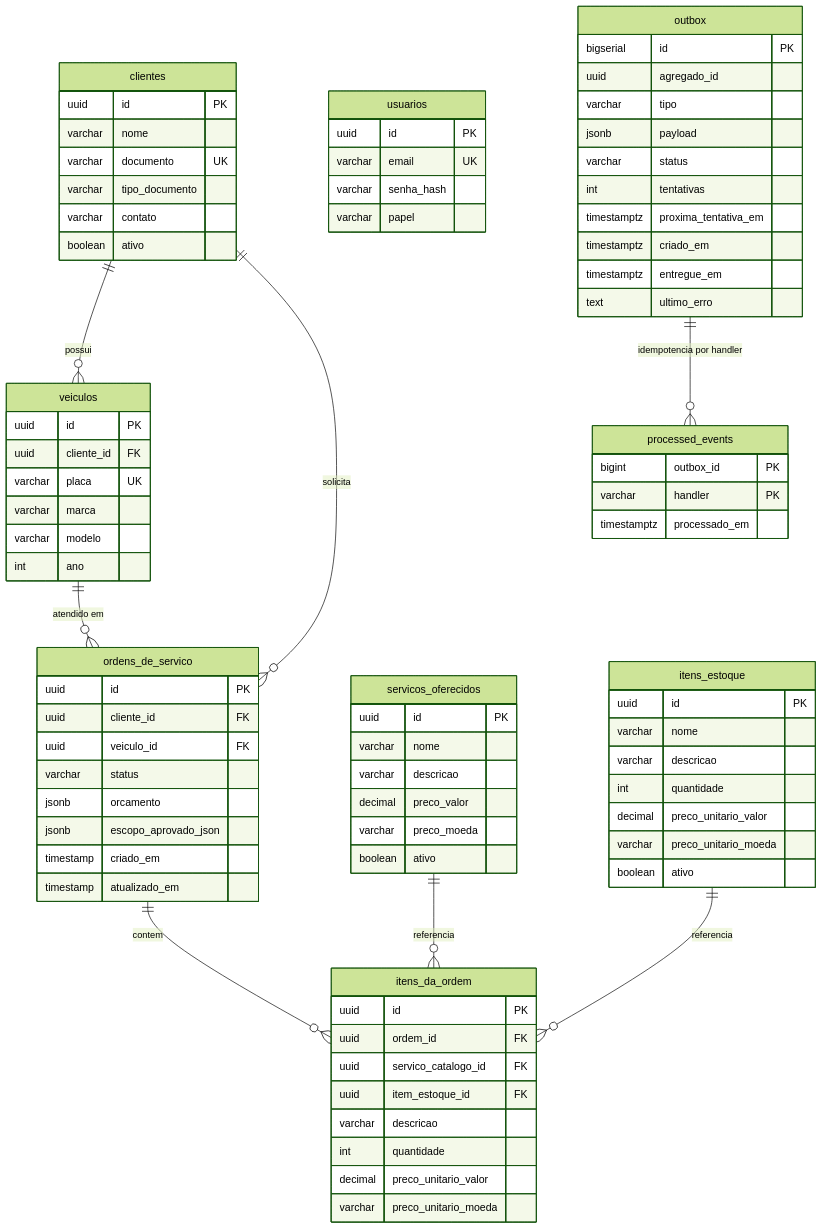
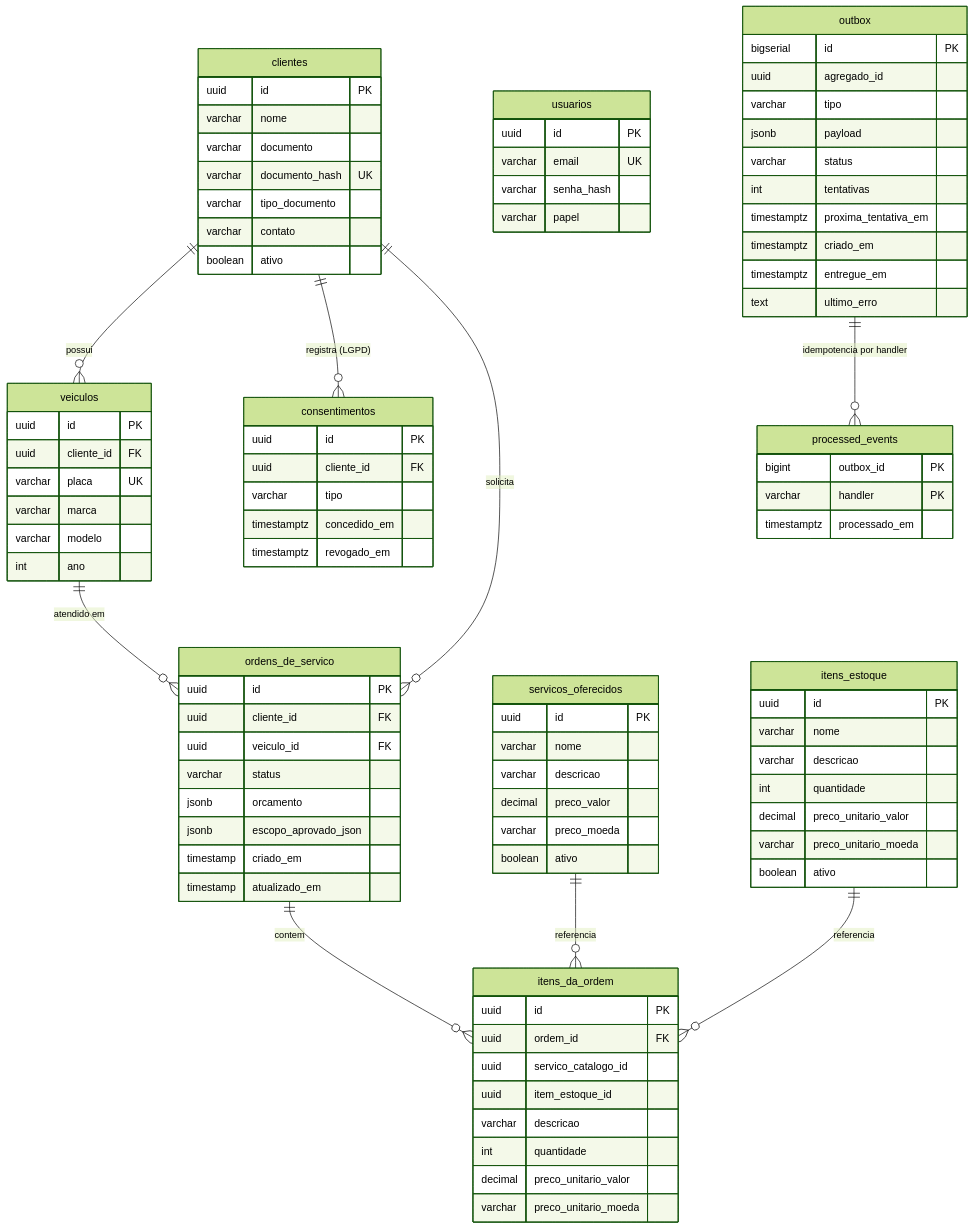
The first of 4 diagrams in docs/arquitetura/rfc/fase3/rfc-003-gateway-serverless-observabilidade.md (fiap-postech-sw-architecture/postech-sw-arch-p3), drawn with Mermaid (forest theme) before and after one commit. The commit also changed other lines of this file and 9 other files, not shown here.

```diff
--- a/docs/arquitetura/rfc/fase3/rfc-003-gateway-serverless-observabilidade.md
+++ b/docs/arquitetura/rfc/fase3/rfc-003-gateway-serverless-observabilidade.md
@@ -95,10 +95,18 @@
     clientes {
         uuid id PK
         varchar nome
-        varchar documento UK
+        varchar documento
+        varchar documento_hash UK
         varchar tipo_documento
         varchar contato
         boolean ativo
+    }
+    consentimentos {
+        uuid id PK
+        uuid cliente_id FK
+        varchar tipo
+        timestamptz concedido_em
+        timestamptz revogado_em
     }
     veiculos {
         uuid id PK
@@ -121,8 +129,8 @@
     itens_da_ordem {
         uuid id PK
         uuid ordem_id FK
-        uuid servico_catalogo_id FK
-        uuid item_estoque_id FK
+        uuid servico_catalogo_id
+        uuid item_estoque_id
         varchar descricao
         int quantidade
         decimal preco_unitario_valor
@@ -170,6 +178,7 @@
     }
 
     clientes ||--o{ veiculos : "possui"
+    clientes ||--o{ consentimentos : "registra (LGPD)"
     clientes ||--o{ ordens_de_servico : "solicita"
     veiculos ||--o{ ordens_de_servico : "atendido em"
     ordens_de_servico ||--o{ itens_da_ordem : "contem"
```
